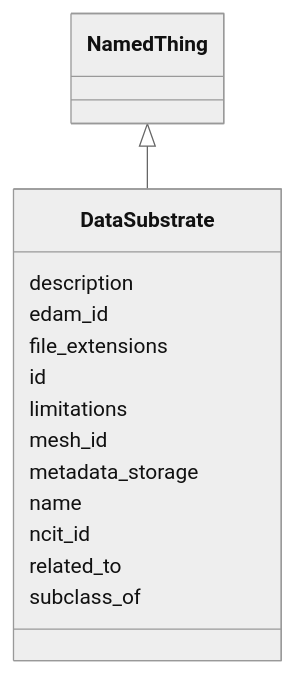
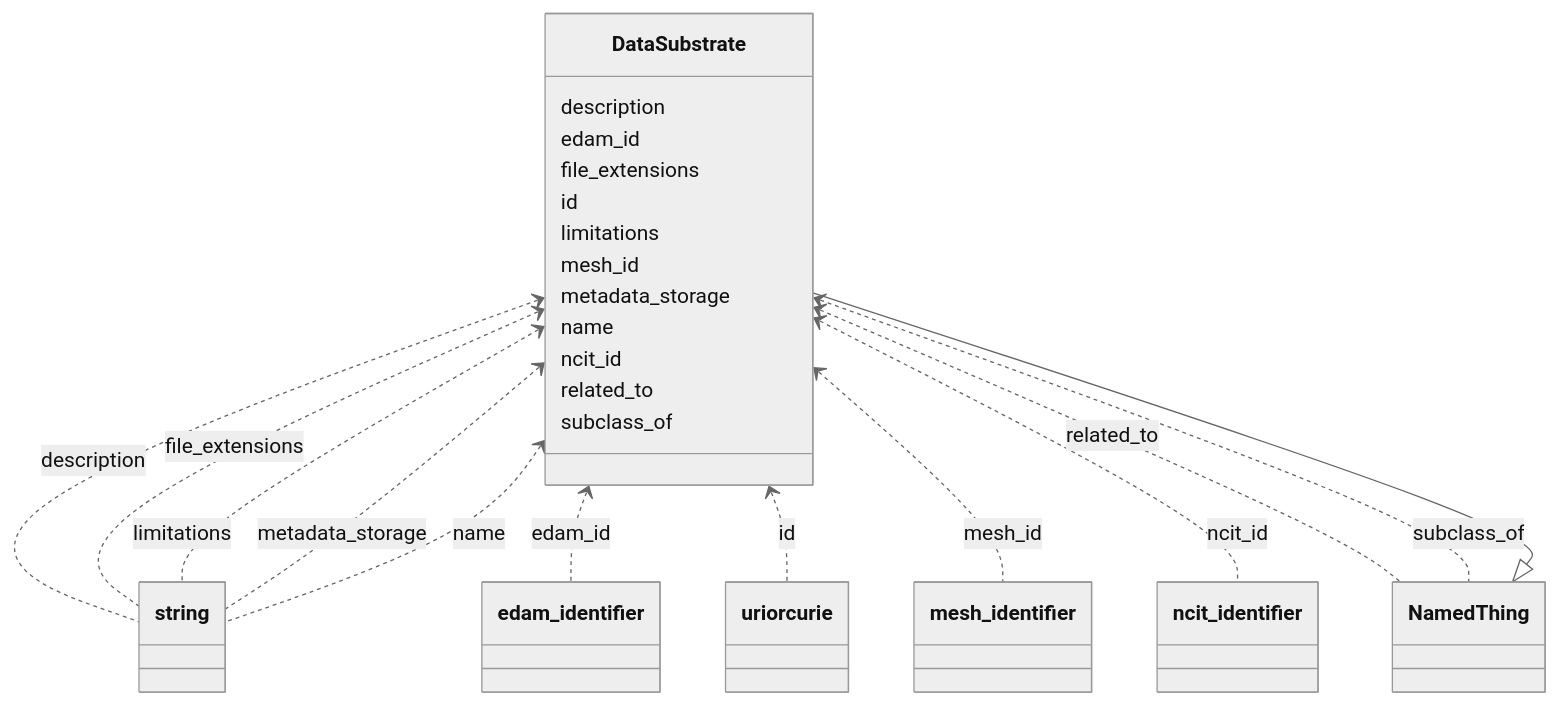
One commit to bridge2ai/b2ai-standards-registry changed the diagram in docs/DataSubstrate.md. Above: the diagram before and after it, drawn with Mermaid (neutral theme). The commit also changed other lines of this file and 89 other files, not shown here.

````diff
--- a/docs/DataSubstrate.md
+++ b/docs/DataSubstrate.md
@@ -11,18 +11,29 @@
 ```mermaid
  classDiagram
     class DataSubstrate
       NamedThing <|-- DataSubstrate
       
       DataSubstrate : description
+        DataSubstrate <.. string : description
       DataSubstrate : edam_id
+        DataSubstrate <.. edam_identifier : edam_id
       DataSubstrate : file_extensions
+        DataSubstrate <.. string : file_extensions
       DataSubstrate : id
+        DataSubstrate <.. uriorcurie : id
       DataSubstrate : limitations
+        DataSubstrate <.. string : limitations
       DataSubstrate : mesh_id
+        DataSubstrate <.. mesh_identifier : mesh_id
       DataSubstrate : metadata_storage
+        DataSubstrate <.. string : metadata_storage
       DataSubstrate : name
+        DataSubstrate <.. string : name
       DataSubstrate : ncit_id
+        DataSubstrate <.. ncit_identifier : ncit_id
       DataSubstrate : related_to
+        DataSubstrate <.. NamedThing : related_to
       DataSubstrate : subclass_of
+        DataSubstrate <.. NamedThing : subclass_of
       
 ```
````
